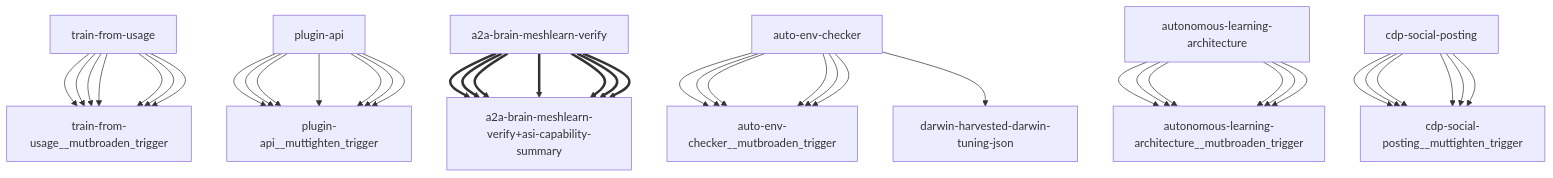
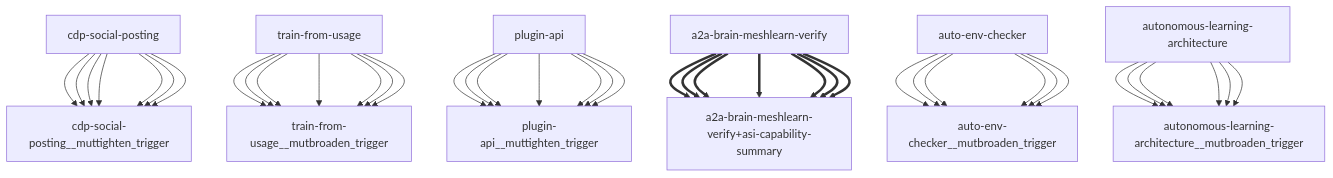
Before and after one commit to openamer/openamer: the diagram in reports/darwin-report.md, drawn with Mermaid. The commit also changed other lines of this file and 11 other files, not shown here.

````diff
--- a/reports/darwin-report.md
+++ b/reports/darwin-report.md
@@ -66,43 +66,43 @@
 ```mermaid
 graph TD
+    cdp-social-posting["cdp-social-posting"] --> cdp-social-posting__muttighten_trigger["cdp-social-posting__muttighten_trigger"]
     train-from-usage["train-from-usage"] --> train-from-usage__mutbroaden_trigger["train-from-usage__mutbroaden_trigger"]
     plugin-api["plugin-api"] --> plugin-api__muttighten_trigger["plugin-api__muttighten_trigger"]
     a2a-brain-meshlearn-verify["a2a-brain-meshlearn-verify"] ==> a2a-brain-meshlearn-verify+asi-capability-summary["a2a-brain-meshlearn-verify+asi-capability-summary"]
     auto-env-checker["auto-env-checker"] --> auto-env-checker__mutbroaden_trigger["auto-env-checker__mutbroaden_trigger"]
     autonomous-learning-architecture["autonomous-learning-architecture"] --> autonomous-learning-architecture__mutbroaden_trigger["autonomous-learning-architecture__mutbroaden_trigger"]
     cdp-social-posting["cdp-social-posting"] --> cdp-social-posting__muttighten_trigger["cdp-social-posting__muttighten_trigger"]
     train-from-usage["train-from-usage"] --> train-from-usage__mutbroaden_trigger["train-from-usage__mutbroaden_trigger"]
     plugin-api["plugin-api"] --> plugin-api__muttighten_trigger["plugin-api__muttighten_trigger"]
     a2a-brain-meshlearn-verify["a2a-brain-meshlearn-verify"] ==> a2a-brain-meshlearn-verify+asi-capability-summary["a2a-brain-meshlearn-verify+asi-capability-summary"]
     auto-env-checker["auto-env-checker"] --> auto-env-checker__mutbroaden_trigger["auto-env-checker__mutbroaden_trigger"]
     autonomous-learning-architecture["autonomous-learning-architecture"] --> autonomous-learning-architecture__mutbroaden_trigger["autonomous-learning-architecture__mutbroaden_trigger"]
     cdp-social-posting["cdp-social-posting"] --> cdp-social-posting__muttighten_trigger["cdp-social-posting__muttighten_trigger"]
     train-from-usage["train-from-usage"] --> train-from-usage__mutbroaden_trigger["train-from-usage__mutbroaden_trigger"]
     plugin-api["plugin-api"] --> plugin-api__muttighten_trigger["plugin-api__muttighten_trigger"]
     a2a-brain-meshlearn-verify["a2a-brain-meshlearn-verify"] ==> a2a-brain-meshlearn-verify+asi-capability-summary["a2a-brain-meshlearn-verify+asi-capability-summary"]
     auto-env-checker["auto-env-checker"] --> auto-env-checker__mutbroaden_trigger["auto-env-checker__mutbroaden_trigger"]
     autonomous-learning-architecture["autonomous-learning-architecture"] --> autonomous-learning-architecture__mutbroaden_trigger["autonomous-learning-architecture__mutbroaden_trigger"]
     cdp-social-posting["cdp-social-posting"] --> cdp-social-posting__muttighten_trigger["cdp-social-posting__muttighten_trigger"]
     train-from-usage["train-from-usage"] --> train-from-usage__mutbroaden_trigger["train-from-usage__mutbroaden_trigger"]
     plugin-api["plugin-api"] --> plugin-api__muttighten_trigger["plugin-api__muttighten_trigger"]
     a2a-brain-meshlearn-verify["a2a-brain-meshlearn-verify"] ==> a2a-brain-meshlearn-verify+asi-capability-summary["a2a-brain-meshlearn-verify+asi-capability-summary"]
     auto-env-checker["auto-env-checker"] --> auto-env-checker__mutbroaden_trigger["auto-env-checker__mutbroaden_trigger"]
     autonomous-learning-architecture["autonomous-learning-architecture"] --> autonomous-learning-architecture__mutbroaden_trigger["autonomous-learning-architecture__mutbroaden_trigger"]
     cdp-social-posting["cdp-social-posting"] --> cdp-social-posting__muttighten_trigger["cdp-social-posting__muttighten_trigger"]
     train-from-usage["train-from-usage"] --> train-from-usage__mutbroaden_trigger["train-from-usage__mutbroaden_trigger"]
     plugin-api["plugin-api"] --> plugin-api__muttighten_trigger["plugin-api__muttighten_trigger"]
     a2a-brain-meshlearn-verify["a2a-brain-meshlearn-verify"] ==> a2a-brain-meshlearn-verify+asi-capability-summary["a2a-brain-meshlearn-verify+asi-capability-summary"]
-    auto-env-checker["auto-env-checker"] --> darwin-harvested-darwin-tuning-json["darwin-harvested-darwin-tuning-json"]
     auto-env-checker["auto-env-checker"] --> auto-env-checker__mutbroaden_trigger["auto-env-checker__mutbroaden_trigger"]
     autonomous-learning-architecture["autonomous-learning-architecture"] --> autonomous-learning-architecture__mutbroaden_trigger["autonomous-learning-architecture__mutbroaden_trigger"]
     cdp-social-posting["cdp-social-posting"] --> cdp-social-posting__muttighten_trigger["cdp-social-posting__muttighten_trigger"]
     train-from-usage["train-from-usage"] --> train-from-usage__mutbroaden_trigger["train-from-usage__mutbroaden_trigger"]
     plugin-api["plugin-api"] --> plugin-api__muttighten_trigger["plugin-api__muttighten_trigger"]
     a2a-brain-meshlearn-verify["a2a-brain-meshlearn-verify"] ==> a2a-brain-meshlearn-verify+asi-capability-summary["a2a-brain-meshlearn-verify+asi-capability-summary"]
     auto-env-checker["auto-env-checker"] --> auto-env-checker__mutbroaden_trigger["auto-env-checker__mutbroaden_trigger"]
     autonomous-learning-architecture["autonomous-learning-architecture"] --> autonomous-learning-architecture__mutbroaden_trigger["autonomous-learning-architecture__mutbroaden_trigger"]
     cdp-social-posting["cdp-social-posting"] --> cdp-social-posting__muttighten_trigger["cdp-social-posting__muttighten_trigger"]
     train-from-usage["train-from-usage"] --> train-from-usage__mutbroaden_trigger["train-from-usage__mutbroaden_trigger"]
     plugin-api["plugin-api"] --> plugin-api__muttighten_trigger["plugin-api__muttighten_trigger"]
     a2a-brain-meshlearn-verify["a2a-brain-meshlearn-verify"] ==> a2a-brain-meshlearn-verify+asi-capability-summary["a2a-brain-meshlearn-verify+asi-capability-summary"]
 ```
````
